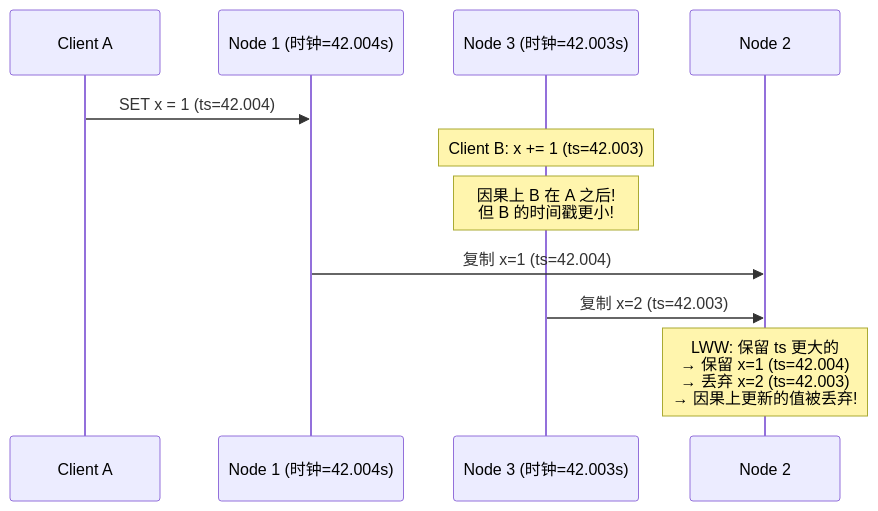
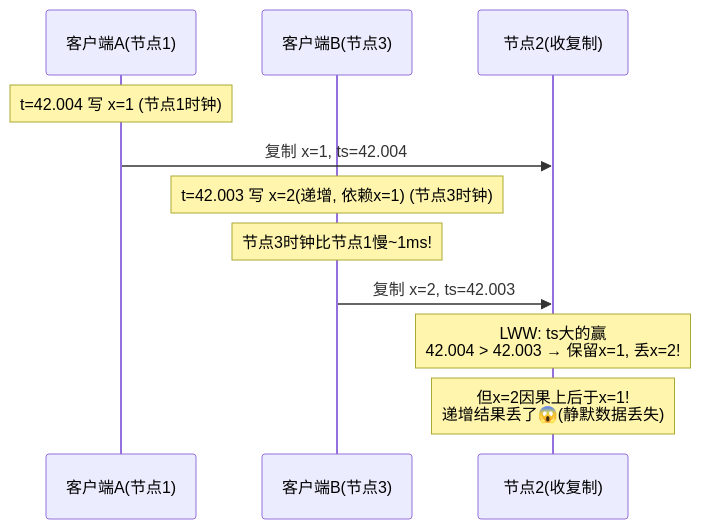
Before and after one commit to socoo123/ddia_2nd: the ninth of 18 diagrams in ch09-分布式系统的困难.md, drawn with Mermaid. The commit also changed other lines of this file and 8 other files, not shown here.

First line of the commit message:
重写 ch01-ch09 读书笔记：风格统一 + 内容扩充 + 大量图表

````diff
--- a/ch09-分布式系统的困难.md
+++ b/ch09-分布式系统的困难.md
@@ -220,16 +324,13 @@
 ```mermaid
 sequenceDiagram
-    participant A as Client A
-    participant N1 as Node 1 (时钟=42.004s)
-    participant N3 as Node 3 (时钟=42.003s)
-    participant N2 as Node 2
-
-    A->>N1: SET x = 1 (ts=42.004)
-    Note over N3: Client B: x += 1 (ts=42.003)
-    Note over N3: 因果上 B 在 A 之后!<br/>但 B 的时间戳更小!
-
-    N1->>N2: 复制 x=1 (ts=42.004)
-    N3->>N2: 复制 x=2 (ts=42.003)
-
-    Note over N2: LWW: 保留 ts 更大的<br/>→ 保留 x=1 (ts=42.004)<br/>→ 丢弃 x=2 (ts=42.003)<br/>→ 因果上更新的值被丢弃!
+    participant A as 客户端A(节点1)
+    participant B as 客户端B(节点3)
+    participant N2 as 节点2(收复制)
+    Note over A: t=42.004 写 x=1 (节点1时钟)
+    A->>N2: 复制 x=1, ts=42.004
+    Note over B: t=42.003 写 x=2(递增, 依赖x=1) (节点3时钟)
+    Note over B: 节点3时钟比节点1慢~1ms!
+    B->>N2: 复制 x=2, ts=42.003
+    Note over N2: LWW: ts大的赢<br/>42.004 > 42.003 → 保留x=1, 丢x=2!
+    Note over N2: 但x=2因果上后于x=1!<br/>递增结果丢了😱(静默数据丢失)
 ```
````
